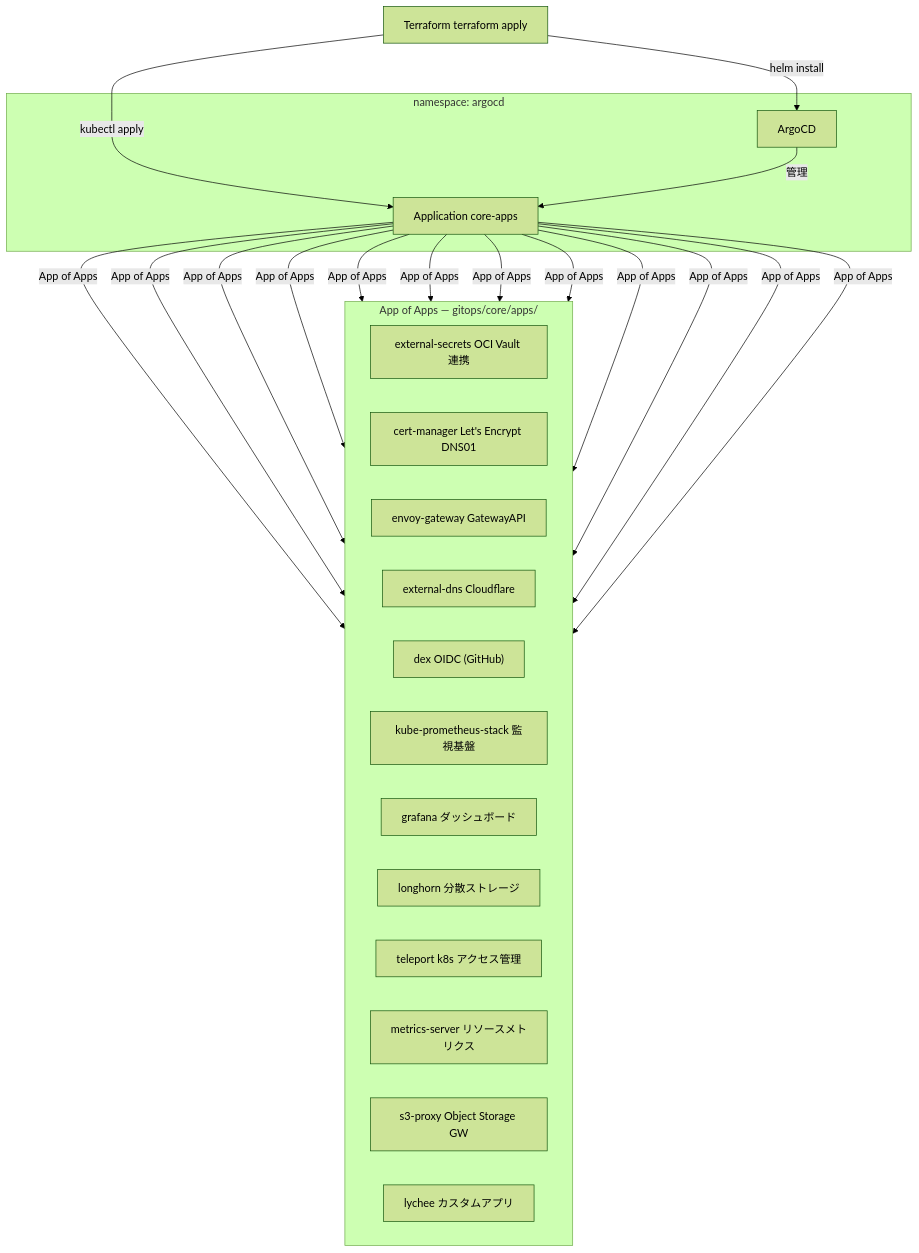
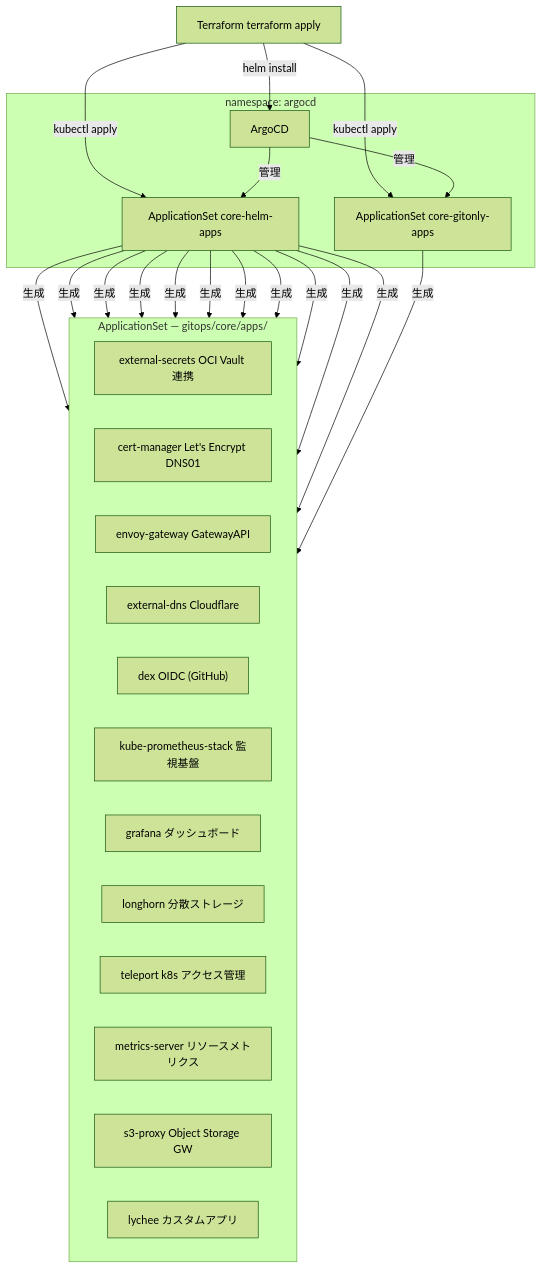
One commit to akihisa1913/oci-build-free-k8s changed the second of 3 diagrams in README.md. Above: the diagram before and after it, drawn with Mermaid (forest theme). The commit also changed other lines of this file and 39 other files, not shown here.

````diff
--- a/README.md
+++ b/README.md
@@ -53,32 +52,34 @@
 ```mermaid
 graph TD
     TF["Terraform terraform apply"]
 
     subgraph argocd_ns["namespace: argocd"]
         ARGO["ArgoCD"]
-        ROOT["Application core-apps"]
+        HELMSET["ApplicationSet core-helm-apps"]
+        GITONLYSET["ApplicationSet core-gitonly-apps"]
     end
 
     TF -->|"helm install"| ARGO
-    TF -->|"kubectl apply"| ROOT
-    ARGO -->|"管理"| ROOT
+    TF -->|"kubectl apply"| HELMSET & GITONLYSET
+    ARGO -->|"管理"| HELMSET & GITONLYSET
 
-    subgraph apps["App of Apps — gitops/core/apps/"]
+    subgraph apps["ApplicationSet — gitops/core/apps/"]
         direction LR
         ES["external-secrets OCI Vault 連携"]
         CM["cert-manager Let's Encrypt DNS01"]
         EG["envoy-gateway GatewayAPI"]
         ED["external-dns Cloudflare"]
         DEX["dex OIDC (GitHub)"]
         KPS["kube-prometheus-stack 監視基盤"]
         GF["grafana ダッシュボード"]
         LH["longhorn 分散ストレージ"]
         TP["teleport k8s アクセス管理"]
         MS["metrics-server リソースメトリクス"]
         S3["s3-proxy Object Storage GW"]
         LY["lychee カスタムアプリ"]
     end
 
-    ROOT -->|"App of Apps"| ES & CM & EG & ED & DEX
-    ROOT -->|"App of Apps"| KPS & GF & LH & TP & MS & S3 & LY
+    HELMSET -->|"生成"| ES & CM & EG & ED & DEX
+    HELMSET -->|"生成"| KPS & GF & LH & TP & MS & S3
+    GITONLYSET -->|"生成"| LY
 ```
````
